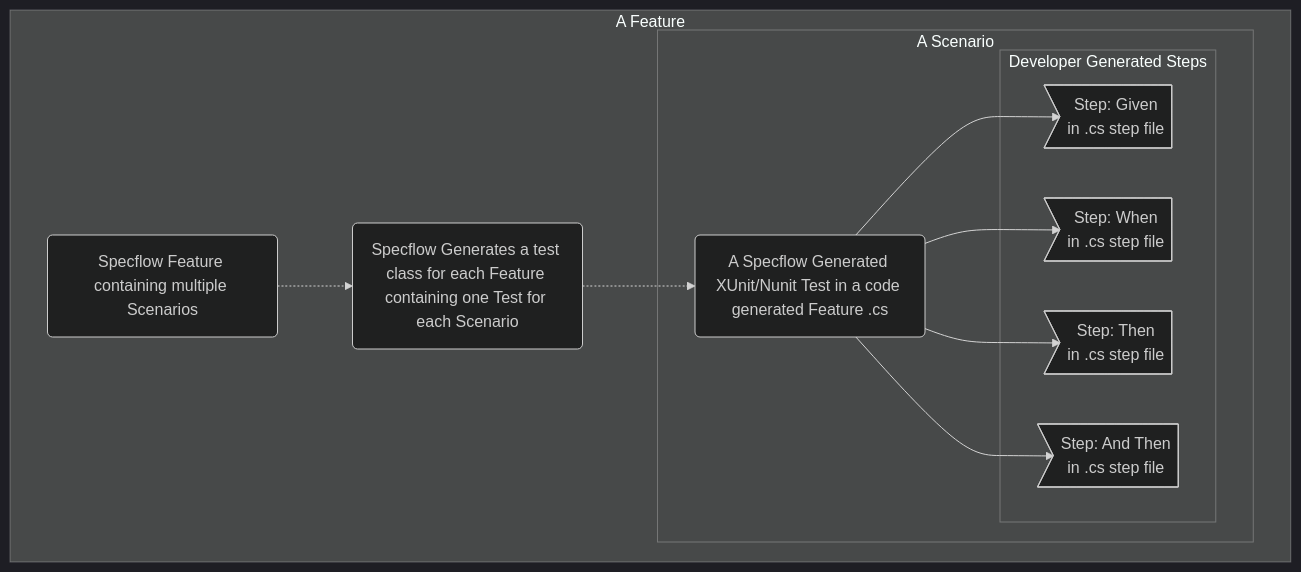
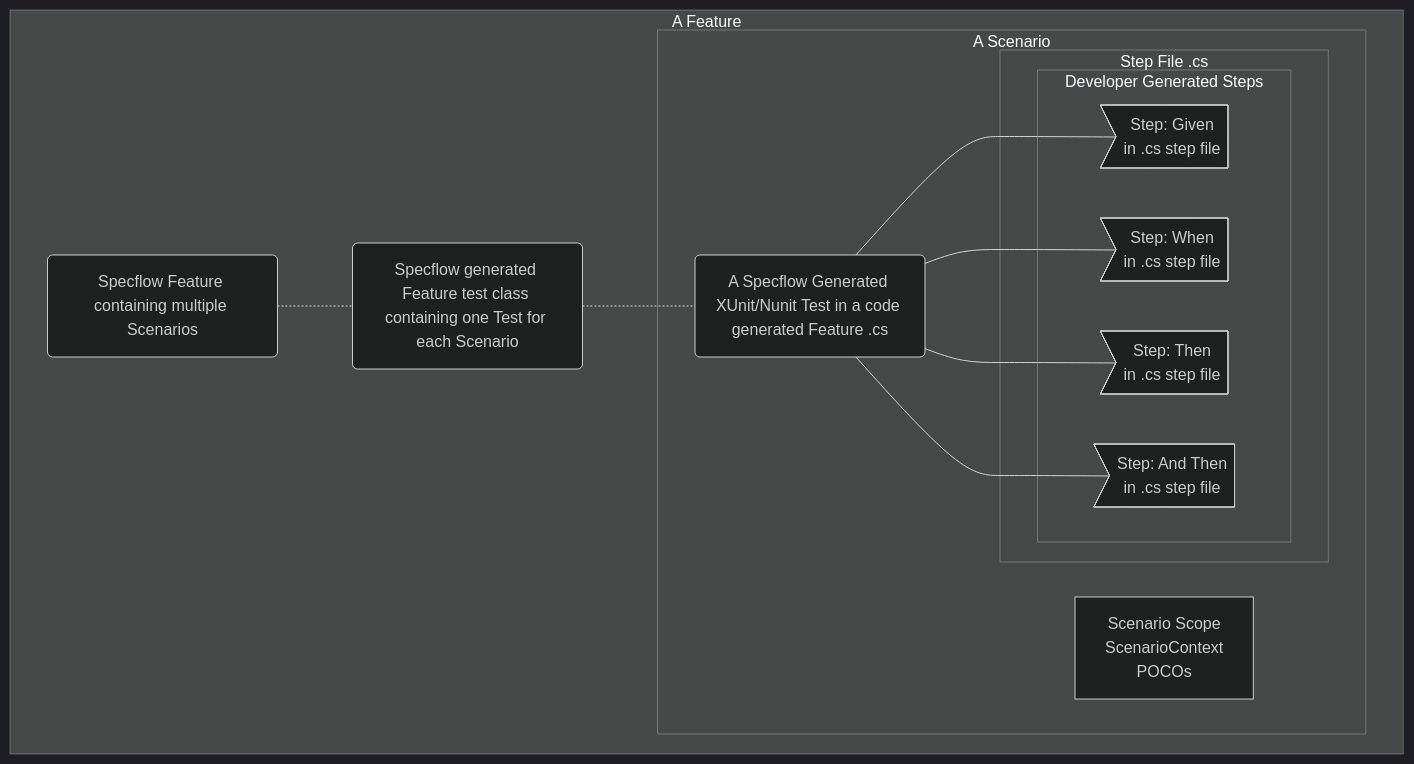
The first of 6 diagrams in README.md (freemansoft/SimpleWebUITestEnvironment), drawn with Mermaid (dark theme) before and after one commit.

Commit message:
more doc updates mermaid diagram

````diff
--- a/README.md
+++ b/README.md
@@ -62,21 +62,24 @@
 ```mermaid
 graph TD
     subgraph FeaturePieces[A Feature]
     Feature(Specflow Feature containing multiple Scenarios)
-    FeatureTests(Specflow Generates a test class for each Feature containing one Test for each Scenario)
-        subgraph TestPieces[A Scenario]
+    FeatureTests(Specflow generated Feature test class containing one Test for each Scenario)
+        subgraph TD TestPieces[A Scenario]
             Test(A Specflow Generated XUnit/Nunit Test in a code generated Feature .cs)
-            subgraph StepPieces[Developer Generated Steps]
-                GivenStep>Step: Given<br/>in .cs step file]
-                WhenStep>Step: When<br/>in .cs step file]
-                ThenStep>Step: Then<br/>in .cs step file]
-                Then2Step>Step: And Then<br/>in .cs step file]
+            subgraph StepFile[Step File .cs]
+                subgraph StepPieces[Developer Generated Steps]
+                    GivenStep>Step: Given<br/>in .cs step file]
+                    WhenStep>Step: When<br/>in .cs step file]
+                    ThenStep>Step: Then<br/>in .cs step file]
+                    Then2Step>Step: And Then<br/>in .cs step file]
+                end
             end
+            ScenarioContext[Scenario Scope<br/>ScenarioContext<br/>POCOs]
         end
     end
-       Feature -.-> FeatureTests -.-> Test
-                Test --> GivenStep
-                Test --> WhenStep
-                Test --> ThenStep
-                Test --> Then2Step
+    Feature -.- FeatureTests -.- Test
+    Test --- GivenStep
+    Test --- WhenStep
+    Test --- ThenStep
+    Test --- Then2Step
  ```
````
